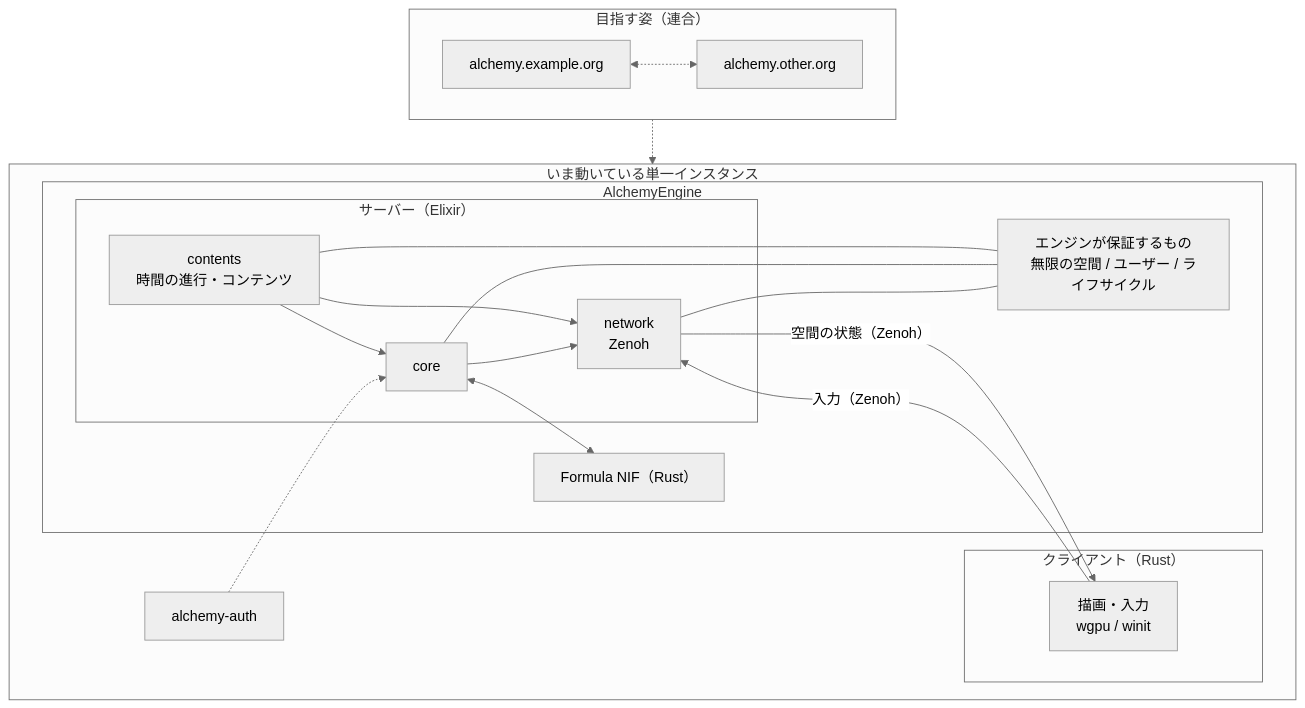
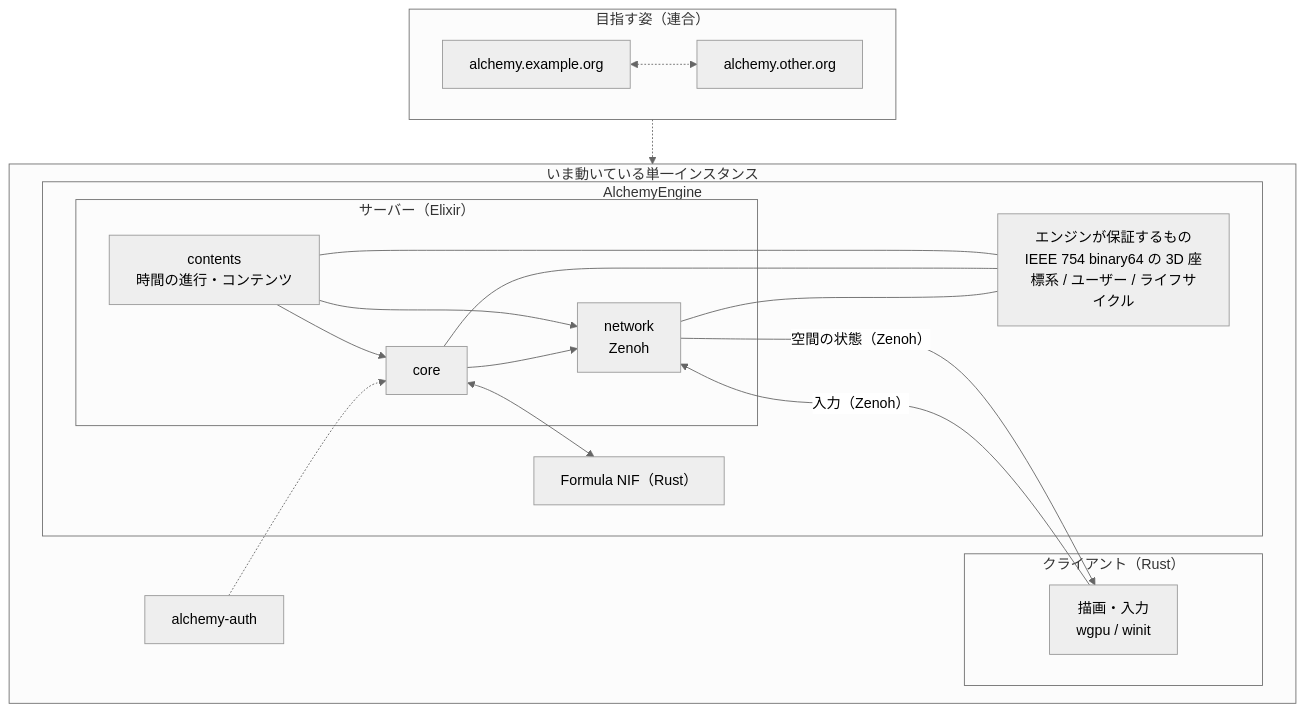
The diagram in .workspace/0_docs/pm/swest28-yoyaku.md (FRICK-ELDY/alchemy-engine), drawn with Mermaid (neutral theme) before and after one commit. The commit also changed other lines of this file and 4 other files, not shown here.

First line of the commit message:
docs: ビジョン等の「無限の3D空間」を IEEE 754 binary64 に揃える

````diff
--- a/.workspace/0_docs/pm/swest28-yoyaku.md
+++ b/.workspace/0_docs/pm/swest28-yoyaku.md
@@ -33,39 +33,39 @@
 ```mermaid
 flowchart TB
     subgraph Goal["目指す姿（連合）"]
         I1["alchemy.example.org"]
         I2["alchemy.other.org"]
         I1 <-.-> I2
     end
 
     subgraph Instance["いま動いている単一インスタンス"]
         subgraph Client["クライアント（Rust）"]
             APP["描画・入力<br/>wgpu / winit"]
         end
 
         APP -->|"入力（Zenoh）"| NET
         NET -->|"空間の状態（Zenoh）"| APP
 
         subgraph Engine["AlchemyEngine"]
             subgraph Elixir["サーバー（Elixir）"]
                 CON["contents<br/>時間の進行・コンテンツ"]
                 CORE["core"]
                 NET["network<br/>Zenoh"]
                 CON --> CORE
                 CON --> NET
                 CORE --> NET
             end
             NIF["Formula NIF（Rust）"]
             CORE <--> NIF
-            BASE["エンジンが保証するもの<br/>無限の空間 / ユーザー / ライフサイクル"]
+            BASE["エンジンが保証するもの<br/>IEEE 754 binary64 の 3D 座標系 / ユーザー / ライフサイクル"]
             CON --- BASE
             CORE --- BASE
             NET --- BASE
         end
 
         AUTH["alchemy-auth"]
         AUTH -.-> CORE
     end
 
     Goal -.-> Instance
 ```
````
